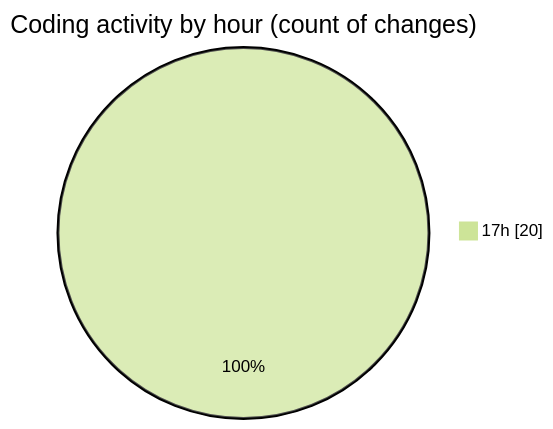
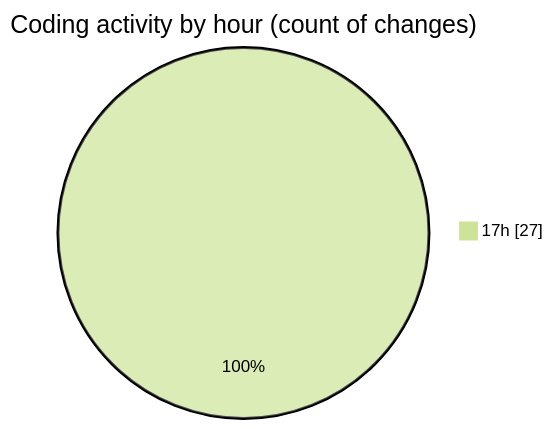
One commit to idhammustaqopulfikri/code-tracking changed the second of 2 diagrams in 2025-11-11/futsal/README.md. Above: the diagram before and after it, drawn with Mermaid (forest theme). The commit also changed other lines of this file and 1 other file, not shown here.

````diff
--- a/2025-11-11/futsal/README.md
+++ b/2025-11-11/futsal/README.md
@@ -37,5 +42,5 @@
 ```mermaid
 pie showData
 title Coding activity by hour (count of changes)
-"17h" : 20
+"17h" : 27
 ```
````
